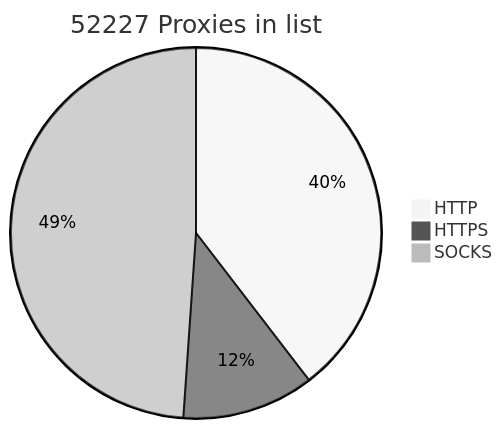
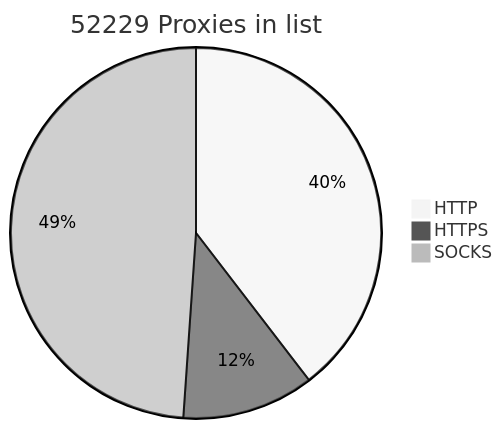
One commit to BlackSnowDot/proxylist-update-every-minute changed the diagram in README.md. Above: the diagram before and after it, drawn with Mermaid (neutral theme).

````diff
--- a/README.md
+++ b/README.md
@@ -2,6 +2,6 @@
 ```mermaid
-pie title 52227 Proxies in list
-    "HTTP" : 23015
-    "HTTPS": 6698
+pie title 52229 Proxies in list
+    "HTTP" : 23016
+    "HTTPS": 6699
     "SOCKS" : 28443
 ```
````
